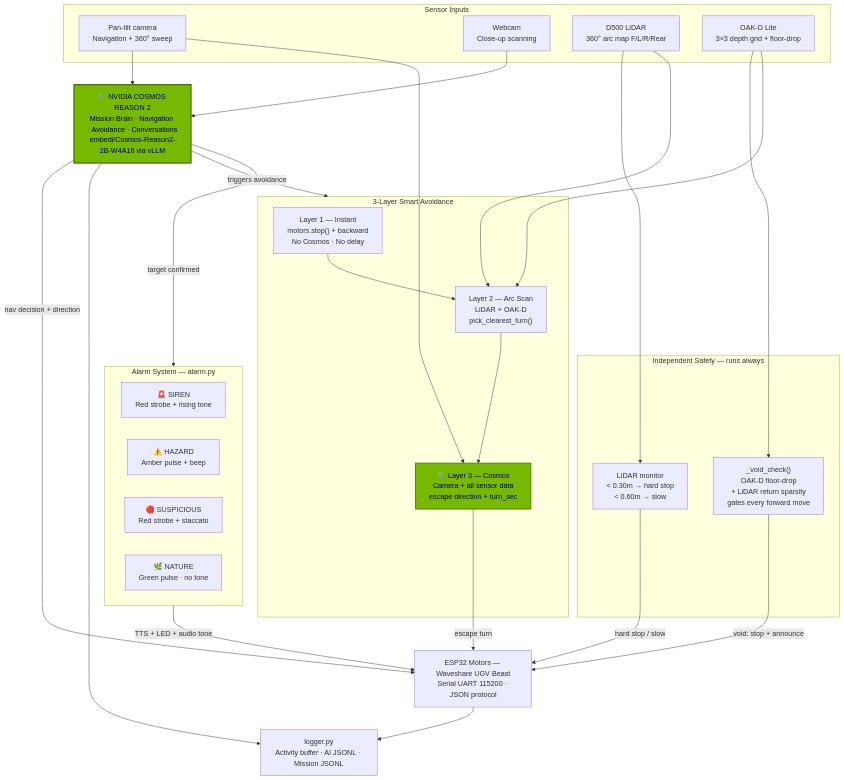
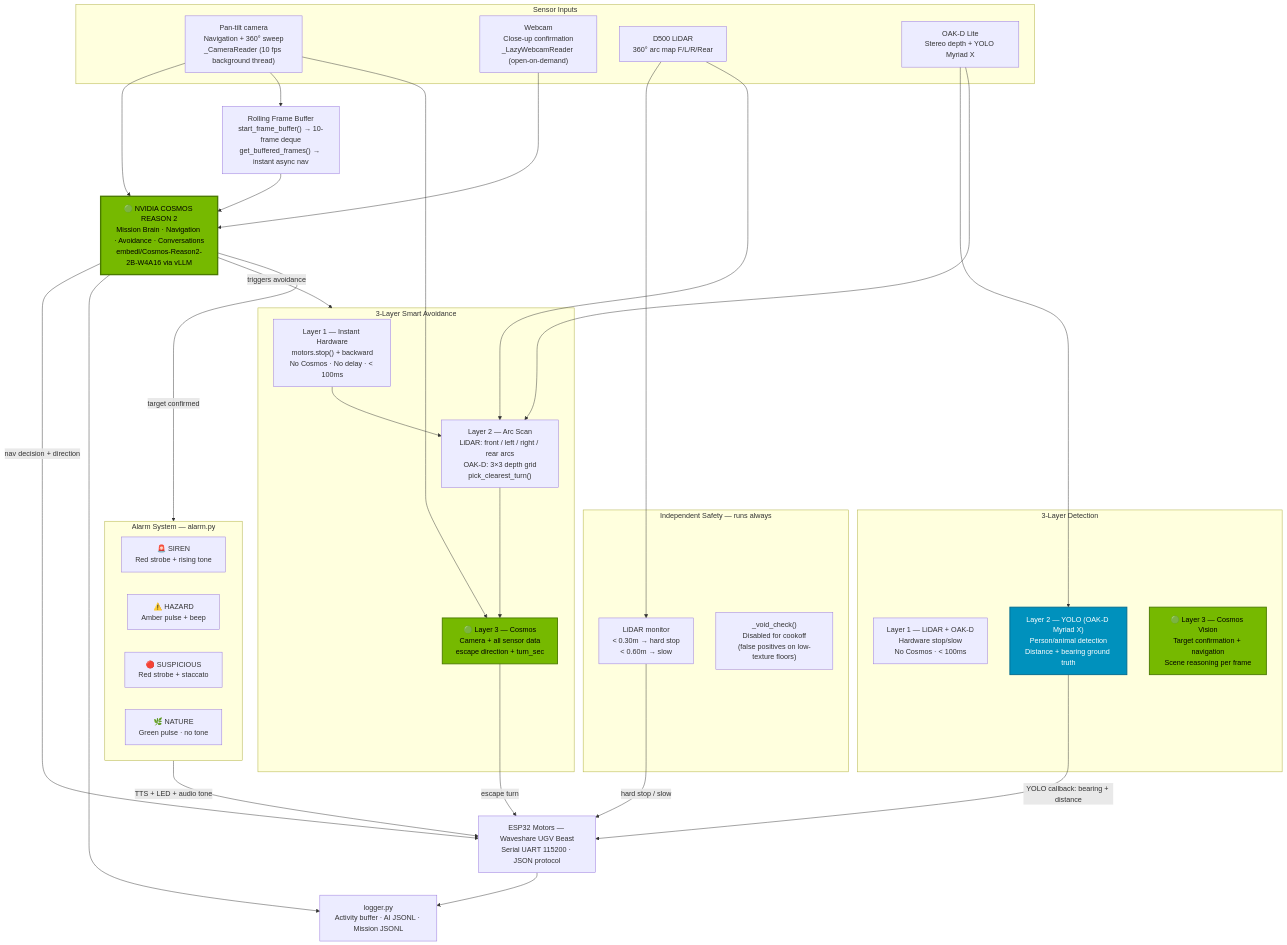
Before and after one commit to OppaAI/eric: the first of 3 diagrams in docs/ARCHITECTURE.md, drawn with Mermaid. The commit also changed other lines of this file, not shown here.

Commit message:
Update ARCHITECTURE.md to the latest framework

````diff
--- a/docs/ARCHITECTURE.md
+++ b/docs/ARCHITECTURE.md
@@ -9,50 +9,60 @@
 ```mermaid
 flowchart TD
     COSMOS["🟢 NVIDIA COSMOS REASON 2\nMission Brain · Navigation · Avoidance · Conversations\nembedl/Cosmos-Reason2-2B-W4A16 via vLLM"]
     style COSMOS fill:#76b900,color:#000,stroke:#4a7a00,stroke-width:3px
 
     subgraph SENSORS["Sensor Inputs"]
-        CAM2["Pan-tilt camera\nNavigation + 360° sweep"]
-        CAM1["Webcam\nClose-up scanning"]
+        CAM2["Pan-tilt camera\nNavigation + 360° sweep\n_CameraReader (10 fps background thread)"]
+        CAM1["Webcam\nClose-up confirmation\n_LazyWebcamReader (open-on-demand)"]
         LIDAR["D500 LiDAR\n360° arc map F/L/R/Rear"]
-        OAKD["OAK-D Lite\n3×3 depth grid + floor-drop"]
+        OAKD["OAK-D Lite\nStereo depth + YOLO Myriad X"]
+    end
+
+    subgraph DETECTION["3-Layer Detection"]
+        L1["Layer 1 — LiDAR + OAK-D\nHardware stop/slow\nNo Cosmos · < 100ms"]
+        L2["Layer 2 — YOLO (OAK-D Myriad X)\nPerson/animal detection\nDistance + bearing ground truth"]
+        L3["🟢 Layer 3 — Cosmos Vision\nTarget confirmation + navigation\nScene reasoning per frame"]
+        style L2 fill:#0091BD,color:#fff,stroke:#006a8e,stroke-width:2px
+        style L3 fill:#76b900,color:#000,stroke:#4a7a00,stroke-width:2px
     end
 
     subgraph AVOIDANCE["3-Layer Smart Avoidance"]
-        AV1["Layer 1 — Instant\nmotors.stop() + backward\nNo Cosmos · No delay"]
-        AV2["Layer 2 — Arc Scan\nLiDAR + OAK-D\npick_clearest_turn()"]
+        AV1["Layer 1 — Instant Hardware\nmotors.stop() + backward\nNo Cosmos · No delay · < 100ms"]
+        AV2["Layer 2 — Arc Scan\nLiDAR: front / left / right / rear arcs\nOAK-D: 3×3 depth grid\npick_clearest_turn()"]
         AV3["🟢 Layer 3 — Cosmos\nCamera + all sensor data\nescape direction + turn_sec"]
         style AV3 fill:#76b900,color:#000,stroke:#4a7a00,stroke-width:2px
         AV1 --> AV2 --> AV3
     end
 
     subgraph SAFETY["Independent Safety — runs always"]
         LIDAR_MON["LiDAR monitor\n< 0.30m → hard stop\n< 0.60m → slow"]
-        VOID["_void_check()\nOAK-D floor-drop\n+ LiDAR return sparsity\ngates every forward move"]
+        VOID["_void_check()\nDisabled for cookoff\n(false positives on low-texture floors)"]
     end
 
     subgraph ALARM["Alarm System — alarm.py"]
         SIREN["🚨 SIREN\nRed strobe + rising tone"]
         HAZARD["⚠️ HAZARD\nAmber pulse + beep"]
         SUSP["🔴 SUSPICIOUS\nRed strobe + staccato"]
         NATURE["🌿 NATURE\nGreen pulse · no tone"]
     end
 
     MOTORS["ESP32 Motors — Waveshare UGV Beast\nSerial UART 115200 · JSON protocol"]
     LOGGER["logger.py\nActivity buffer · AI JSONL · Mission JSONL"]
+    BUF["Rolling Frame Buffer\nstart_frame_buffer() → 10-frame deque\nget_buffered_frames() → instant async nav"]
 
     CAM1 & CAM2 --> COSMOS
+    CAM2 --> BUF --> COSMOS
     LIDAR --> LIDAR_MON & AV2
-    OAKD --> VOID & AV2
+    OAKD --> L2 & AV2
     CAM2 --> AV3
 
     COSMOS -->|"nav decision + direction"| MOTORS
     COSMOS -->|"triggers avoidance"| AVOIDANCE
     COSMOS -->|"target confirmed"| ALARM
+    L2 -->|"YOLO callback: bearing + distance"| MOTORS
     AV3 -->|"escape turn"| MOTORS
     LIDAR_MON -->|"hard stop / slow"| MOTORS
-    VOID -->|"void: stop + announce"| MOTORS
     ALARM -->|"TTS + LED + audio tone"| MOTORS
     COSMOS --> LOGGER
     MOTORS --> LOGGER
 ```
````
